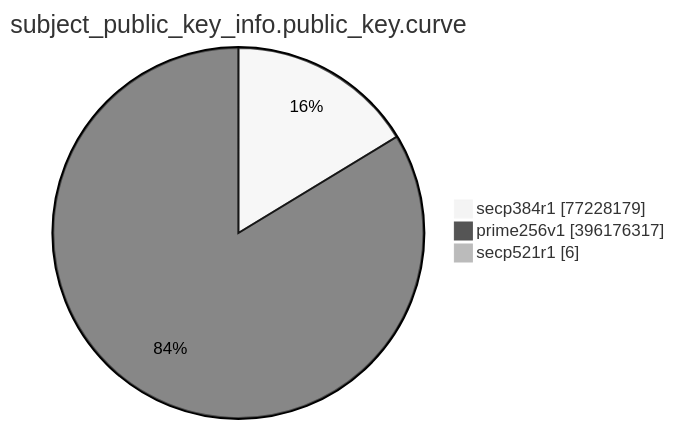
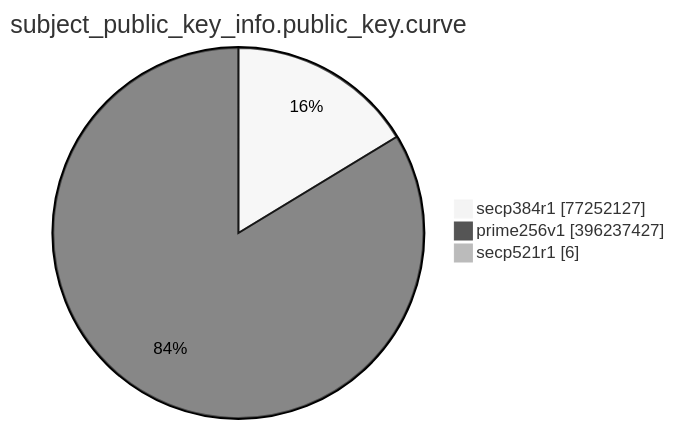
The eighth of 15 diagrams in TOTAL/README.md (christiankrug/ctmonitor_visualization), drawn with Mermaid (neutral theme) before and after one commit. The commit also changed other lines of this file, not shown here.

````diff
--- a/TOTAL/README.md
+++ b/TOTAL/README.md
@@ -3095,7 +3095,7 @@
 ```mermaid
 pie showData
 title subject_public_key_info.public_key.curve
-"secp384r1" :77228179
-"prime256v1" :396176317
+"secp384r1" :77252127
+"prime256v1" :396237427
 "secp521r1" :6
 ```
````
